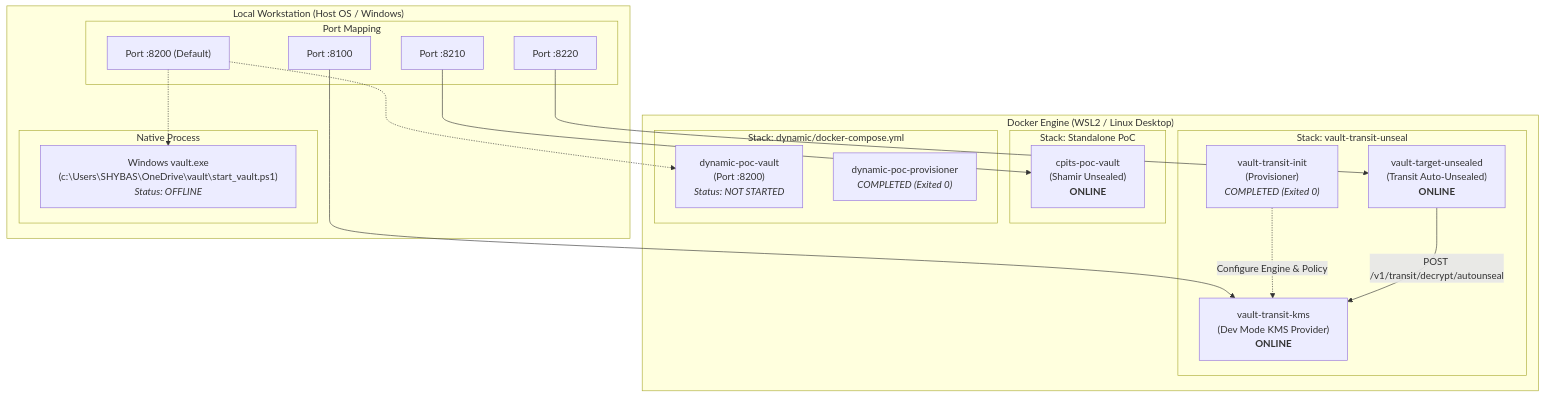
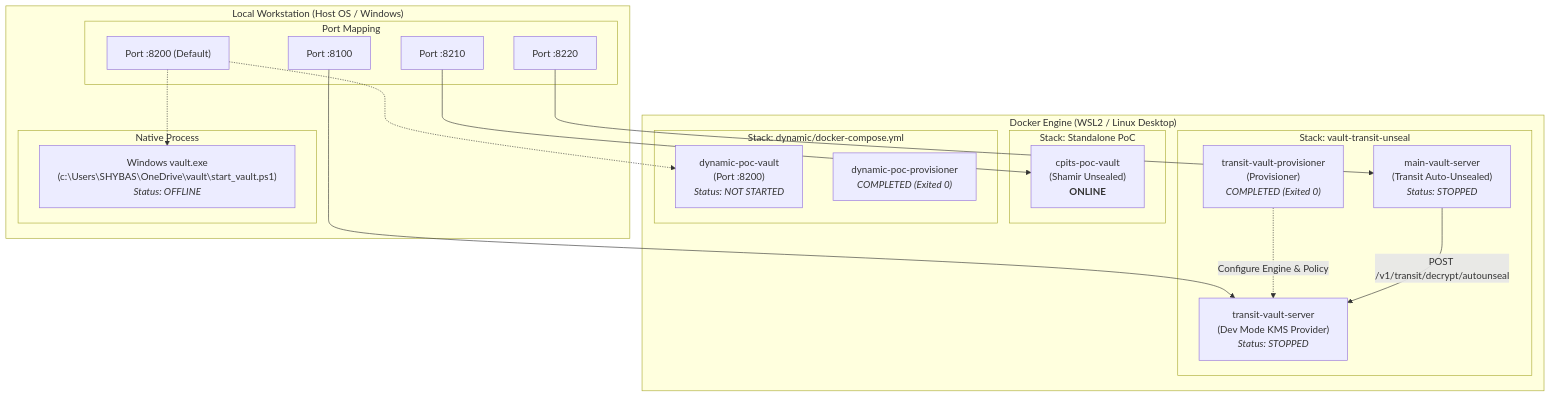
The diagram in Hashicorp/Vault Servers Inventory.md (ReginRavi/AIP-C01), drawn with Mermaid before and after one commit. The commit also changed other lines of this file and 5 other files, not shown here.

````diff
--- a/Hashicorp/Vault Servers Inventory.md
+++ b/Hashicorp/Vault Servers Inventory.md
@@ -10,41 +10,41 @@
 ```mermaid
 graph TB
     subgraph Host ["Local Workstation (Host OS / Windows)"]
         subgraph Ports ["Port Mapping"]
             P8100["Port :8100"]
             P8210["Port :8210"]
             P8220["Port :8220"]
             P8200["Port :8200 (Default)"]
         end
 
         subgraph WinNative ["Native Process"]
             WinVault["Windows vault.exe<br/>(c:\Users\SHYBAS\OneDrive\vault\start_vault.ps1)<br/><i>Status: OFFLINE</i>"]
         end
     end
 
     subgraph DockerBridge ["Docker Engine (WSL2 / Linux Desktop)"]
         subgraph TransitStack ["Stack: vault-transit-unseal"]
-            KMS["vault-transit-kms<br/>(Dev Mode KMS Provider)<br/><b>ONLINE</b>"]
-            Target["vault-target-unsealed<br/>(Transit Auto-Unsealed)<br/><b>ONLINE</b>"]
-            Init["vault-transit-init<br/>(Provisioner)<br/><i>COMPLETED (Exited 0)</i>"]
+            KMS["transit-vault-server<br/>(Dev Mode KMS Provider)<br/><i>Status: STOPPED</i>"]
+            Target["main-vault-server<br/>(Transit Auto-Unsealed)<br/><i>Status: STOPPED</i>"]
+            Init["transit-vault-provisioner<br/>(Provisioner)<br/><i>COMPLETED (Exited 0)</i>"]
             
             Target -->|"POST /v1/transit/decrypt/autounseal"| KMS
             Init -.->|"Configure Engine & Policy"| KMS
         end
 
         subgraph CPITS ["Stack: Standalone PoC"]
             CpitsVault["cpits-poc-vault<br/>(Shamir Unsealed)<br/><b>ONLINE</b>"]
         end
 
         subgraph DynamicPoC ["Stack: dynamic/docker-compose.yml"]
             DynamicVault["dynamic-poc-vault<br/>(Port :8200)<br/><i>Status: NOT STARTED</i>"]
             DynamicInit["dynamic-poc-provisioner<br/><i>COMPLETED (Exited 0)</i>"]
         end
     end
 
     P8100 --> KMS
     P8210 --> CpitsVault
     P8220 --> Target
     P8200 -.-> WinVault
     P8200 -.-> DynamicVault
 ```
````
